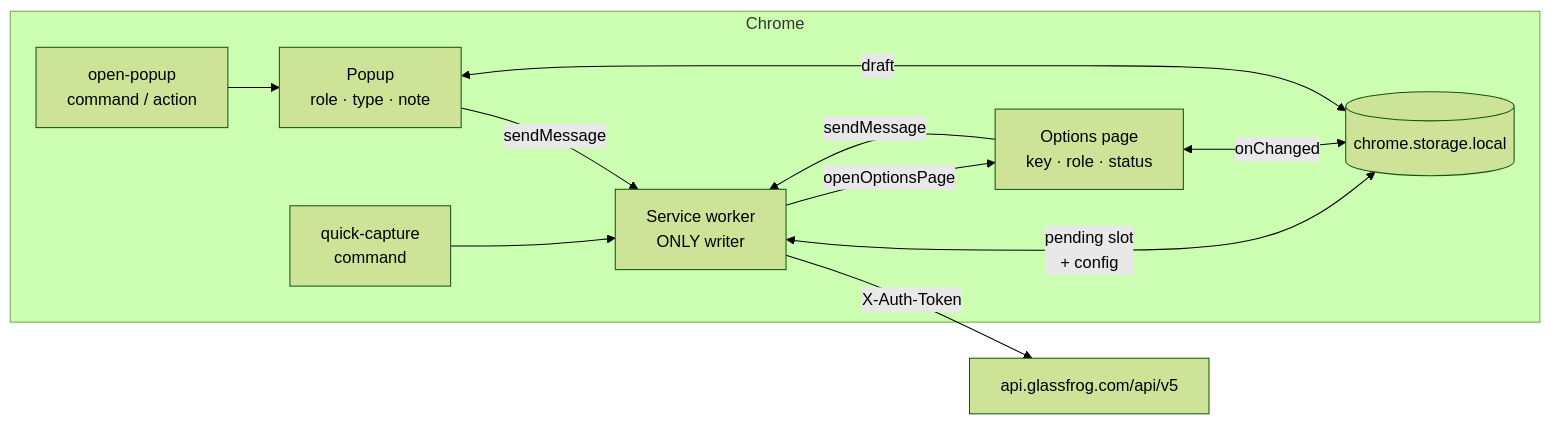
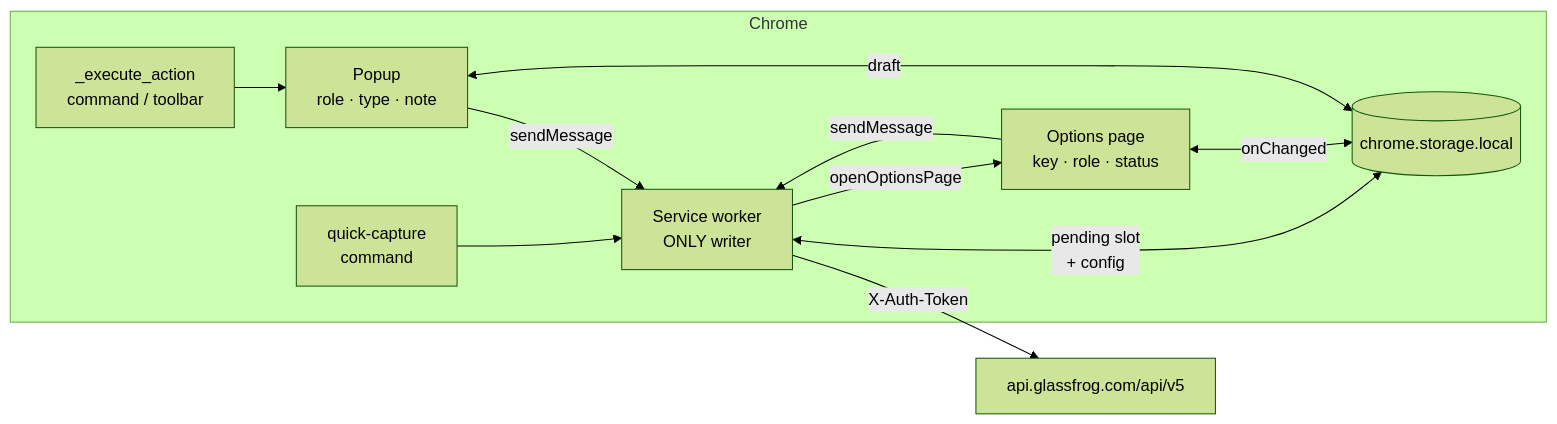
One commit to Integral-Productivity/glassfrog-clipper changed the second of 4 diagrams in docs/plans/2026-08-28-1123-feat-zero-decision-capture-path-plan.md. Above: the diagram before and after it, drawn with Mermaid (forest theme). The commit also changed other lines of this file, not shown here.

````diff
--- a/docs/plans/2026-08-28-1123-feat-zero-decision-capture-path-plan.md
+++ b/docs/plans/2026-08-28-1123-feat-zero-decision-capture-path-plan.md
@@ -208,14 +208,14 @@
 ```mermaid
 flowchart LR
     subgraph Chrome
       K["quick-capture<br/>command"] --> SW
-      A["open-popup<br/>command / action"] --> POP["Popup<br/>role · type · note"]
+      A["_execute_action<br/>command / toolbar"] --> POP["Popup<br/>role · type · note"]
       POP -->|"sendMessage"| SW["Service worker<br/>ONLY writer"]
       OPT["Options page<br/>key · role · status"] -->|"sendMessage"| SW
       SW -->|"openOptionsPage"| OPT
       SW <-->|"pending slot<br/>+ config"| ST[("chrome.storage.local")]
       OPT <-->|"onChanged"| ST
       POP <-->|"draft"| ST
     end
     SW -->|"X-Auth-Token"| GF["api.glassfrog.com/api/v5"]
 ```
````
